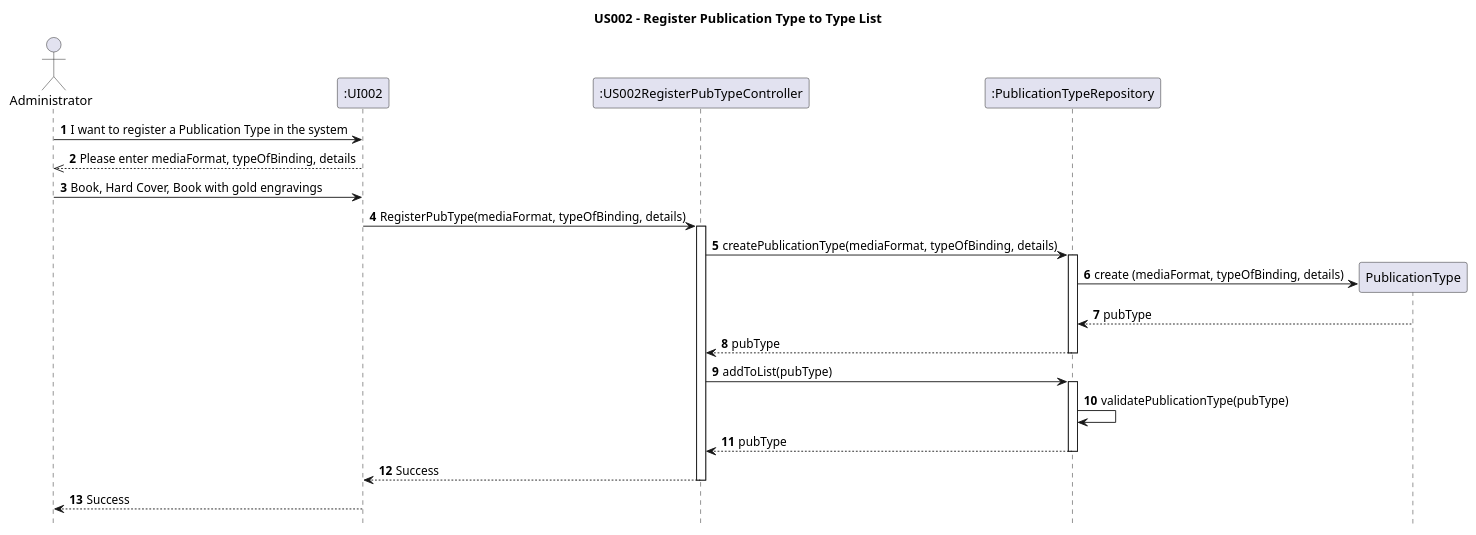
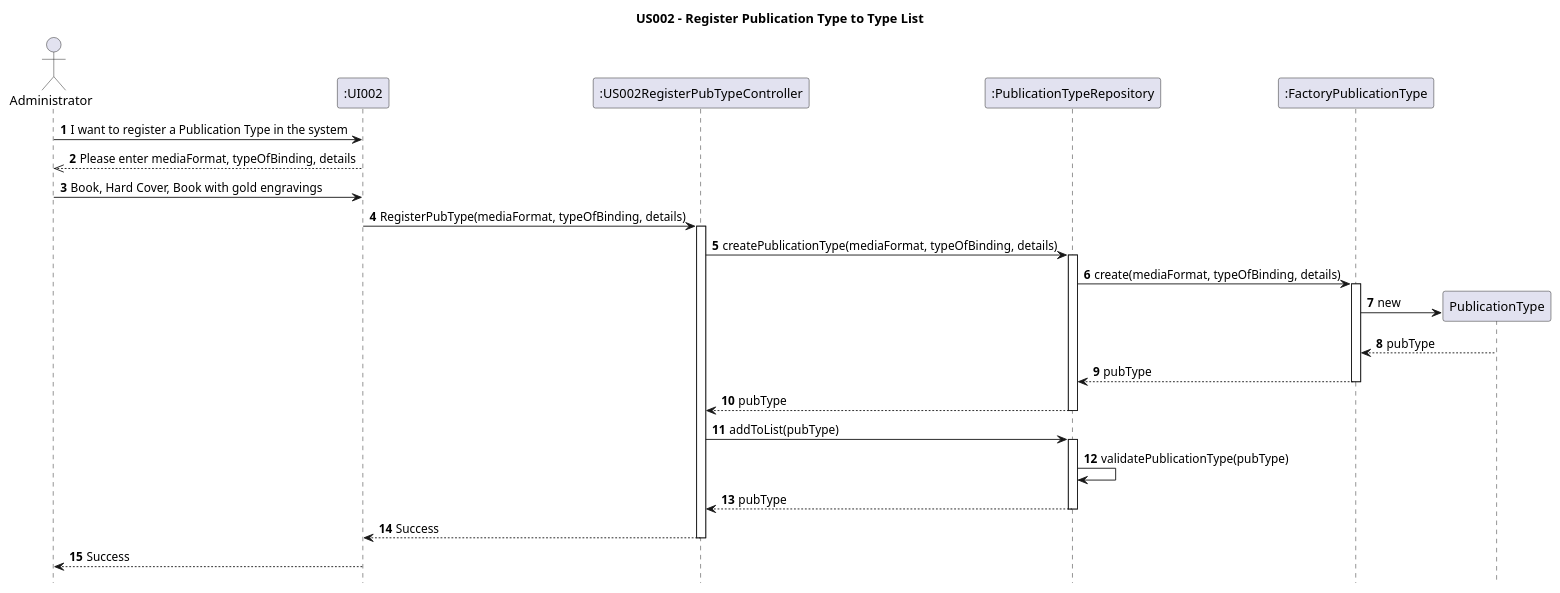
One commit to AndrePereiraGitH/SWitCH-Project-Team_A changed the diagram in Diagrams/SequenceDiagrams/N2/US002-to-add-a-publication-type-to-type-list.puml. Above: the diagram before and after it, drawn with PlantUML.

Commit message:
#207, added factory to sequence diagram

```diff
--- a/Diagrams/SequenceDiagrams/N2/US002-to-add-a-publication-type-to-type-list.puml
+++ b/Diagrams/SequenceDiagrams/N2/US002-to-add-a-publication-type-to-type-list.puml
@@ -1,41 +1,49 @@
 @startuml
 hide footbox
 title US002 - Register Publication Type to Type List
 
 autonumber
 
 actor Administrator
 participant ":UI002" as UI
 participant ":US002RegisterPubTypeController" as Ctrl
 participant ":PublicationTypeRepository" as Repo
+participant ":FactoryPublicationType" as factory
 
 
 Administrator -> UI : I want to register a Publication Type in the system
 UI -->> Administrator : Please enter mediaFormat, typeOfBinding, details
 Administrator -> UI : Book, Hard Cover, Book with gold engravings
 
 UI -> Ctrl : RegisterPubType(mediaFormat, typeOfBinding, details)
 activate Ctrl
 
 Ctrl -> Repo : createPublicationType(mediaFormat, typeOfBinding, details)
 
 activate Repo
 
+Repo -> factory: create(mediaFormat, typeOfBinding, details)
+
+activate factory
+
 create PublicationType
-Repo -> PublicationType: create (mediaFormat, typeOfBinding, details)
-PublicationType --> Repo : pubType
+factory -> PublicationType: new
+PublicationType --> factory : pubType
+factory --> Repo: pubType
+deactivate factory
+
 Repo --> Ctrl : pubType
 deactivate Repo
 
 Ctrl -> Repo : addToList(pubType)
 activate Repo
 Repo -> Repo : validatePublicationType(pubType)
 Repo --> Ctrl : pubType
 deactivate Repo
 
 Ctrl --> UI : Success
 deactivate Ctrl
 
 UI --> Administrator : Success
 
 @enduml
```
